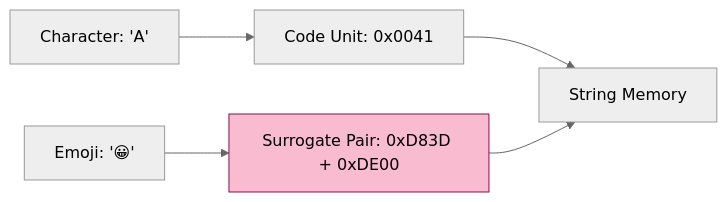
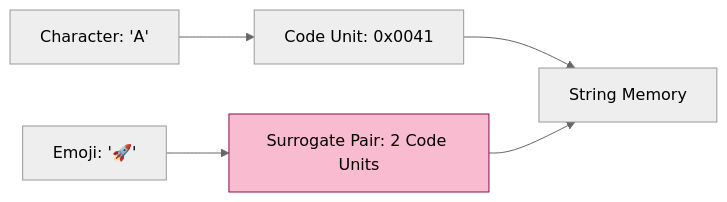
One commit to syahputrawork98-sketch/JavaScript-Learning-Hub changed the diagram in RAK-04-core-specification/SR-02-data-types-and-values/BK-01_LanguageCoreTypes/CH-02_StringTextProcessing/README.md. Above: the diagram before and after it, drawn with Mermaid (neutral theme). The commit also changed other lines of this file and 32 other files, not shown here.

````diff
--- a/RAK-04-core-specification/SR-02-data-types-and-values/BK-01_LanguageCoreTypes/CH-02_StringTextProcessing/README.md
+++ b/RAK-04-core-specification/SR-02-data-types-and-values/BK-01_LanguageCoreTypes/CH-02_StringTextProcessing/README.md
@@ -20,10 +19,10 @@
 ```mermaid
 graph LR
     Char[Character: 'A'] --> CU[Code Unit: 0x0041]
-    Char2[Emoji: '😀'] --> CU2[Surrogate Pair: 0xD83D + 0xDE00]
+    Char2[Emoji: '🚀'] --> CU2[Surrogate Pair: 2 Code Units]
     
     CU --> S[String Memory]
     CU2 --> S
     
     style CU2 fill:#f8bbd0,stroke:#880e4f
 ```
````
